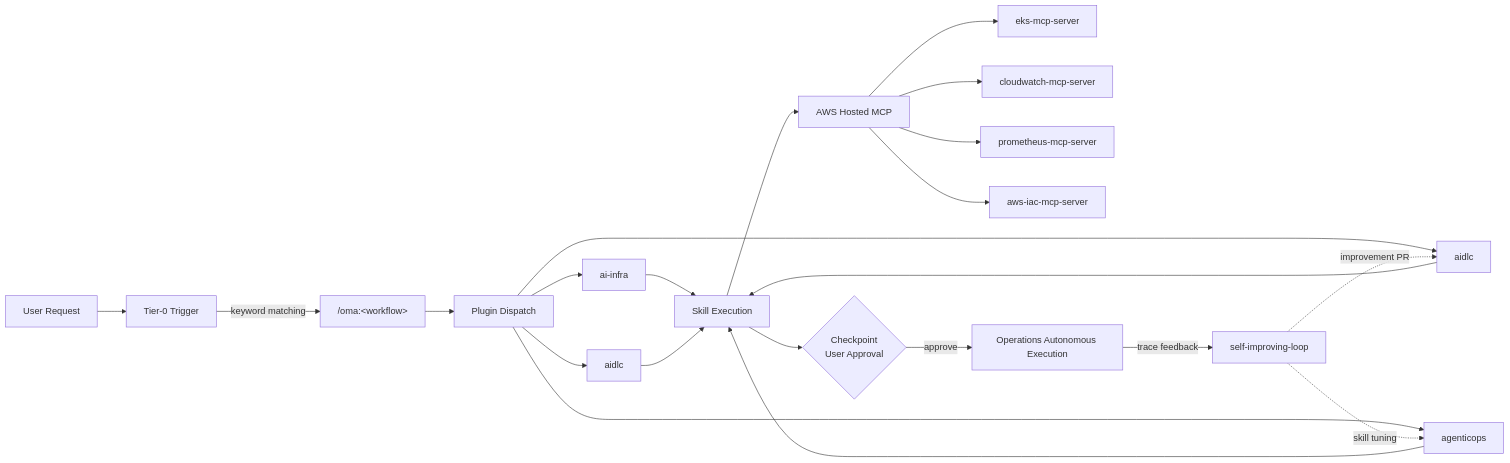
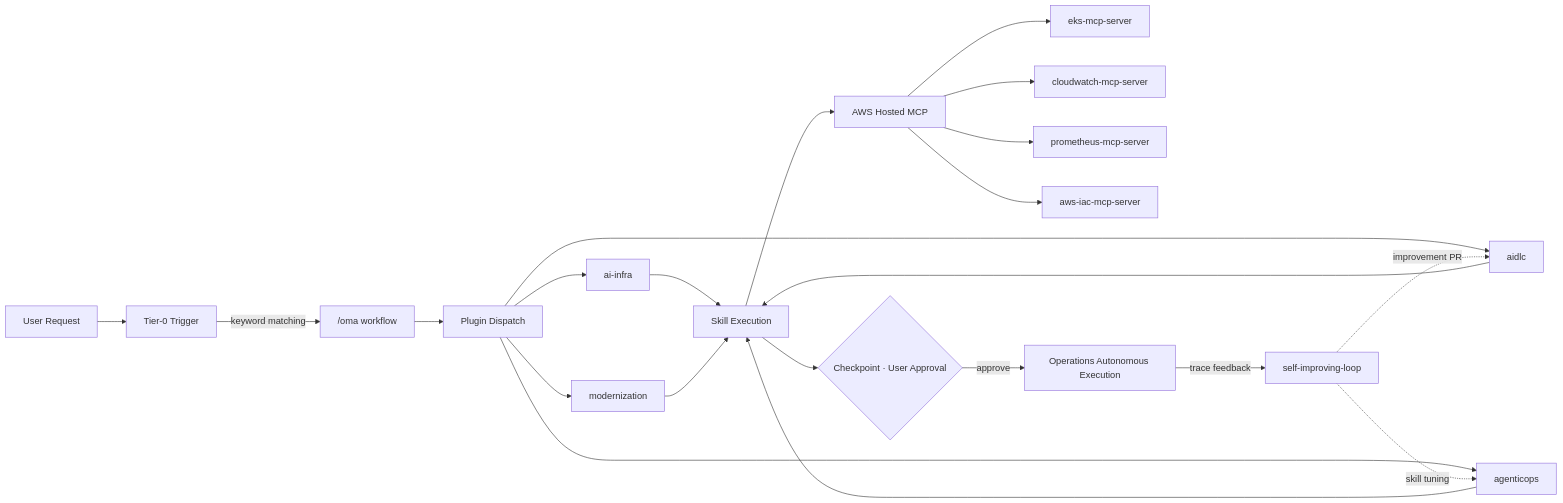
The diagram in docs/i18n/en/docusaurus-plugin-content-docs/current/intro.md (aws-samples/sample-oh-my-aidlcops), drawn with Mermaid before and after one commit. The commit also changed other lines of this file and 3 other files, not shown here.

````diff
--- a/docs/i18n/en/docusaurus-plugin-content-docs/current/intro.md
+++ b/docs/i18n/en/docusaurus-plugin-content-docs/current/intro.md
@@ -45,24 +53,24 @@
 ```mermaid
 flowchart LR
-    U[User Request] --> T[Tier-0 Trigger]
-    T -->|keyword matching| C["/oma:&lt;workflow&gt;"]
-    C --> D[Plugin Dispatch]
-    D --> P1[ai-infra]
-    D --> P2[agenticops]
-    D --> P3[aidlc]
-    D --> P4[aidlc]
-    P1 --> S[Skill Execution]
+    U["User Request"] --> T["Tier-0 Trigger"]
+    T -- "keyword matching" --> C["/oma workflow"]
+    C --> D["Plugin Dispatch"]
+    D --> P1["ai-infra"]
+    D --> P2["agenticops"]
+    D --> P3["aidlc"]
+    D --> P4["modernization"]
+    P1 --> S["Skill Execution"]
     P2 --> S
     P3 --> S
     P4 --> S
-    S --> M[AWS Hosted MCP]
-    M --> EKS[eks-mcp-server]
-    M --> CW[cloudwatch-mcp-server]
-    M --> PR[prometheus-mcp-server]
-    M --> IAC[aws-iac-mcp-server]
-    S --> CK{Checkpoint<br/>User Approval}
-    CK -->|approve| OP[Operations Autonomous Execution]
-    OP -->|trace feedback| SI[self-improving-loop]
-    SI -.improvement PR.-> P4
-    SI -.skill tuning.-> P2
+    S --> M["AWS Hosted MCP"]
+    M --> EKS["eks-mcp-server"]
+    M --> CW["cloudwatch-mcp-server"]
+    M --> PR["prometheus-mcp-server"]
+    M --> IAC["aws-iac-mcp-server"]
+    S --> CK{"Checkpoint · User Approval"}
+    CK -- "approve" --> OP["Operations Autonomous Execution"]
+    OP -- "trace feedback" --> SI["self-improving-loop"]
+    SI -. "improvement PR" .-> P3
+    SI -. "skill tuning" .-> P2
 ```
````
